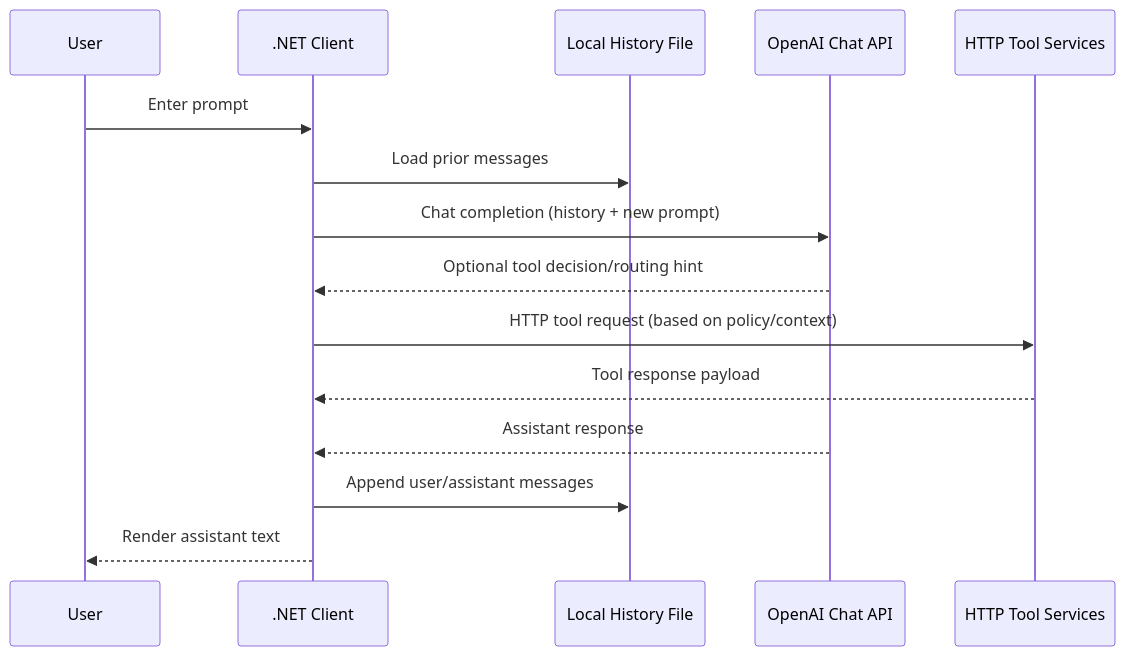
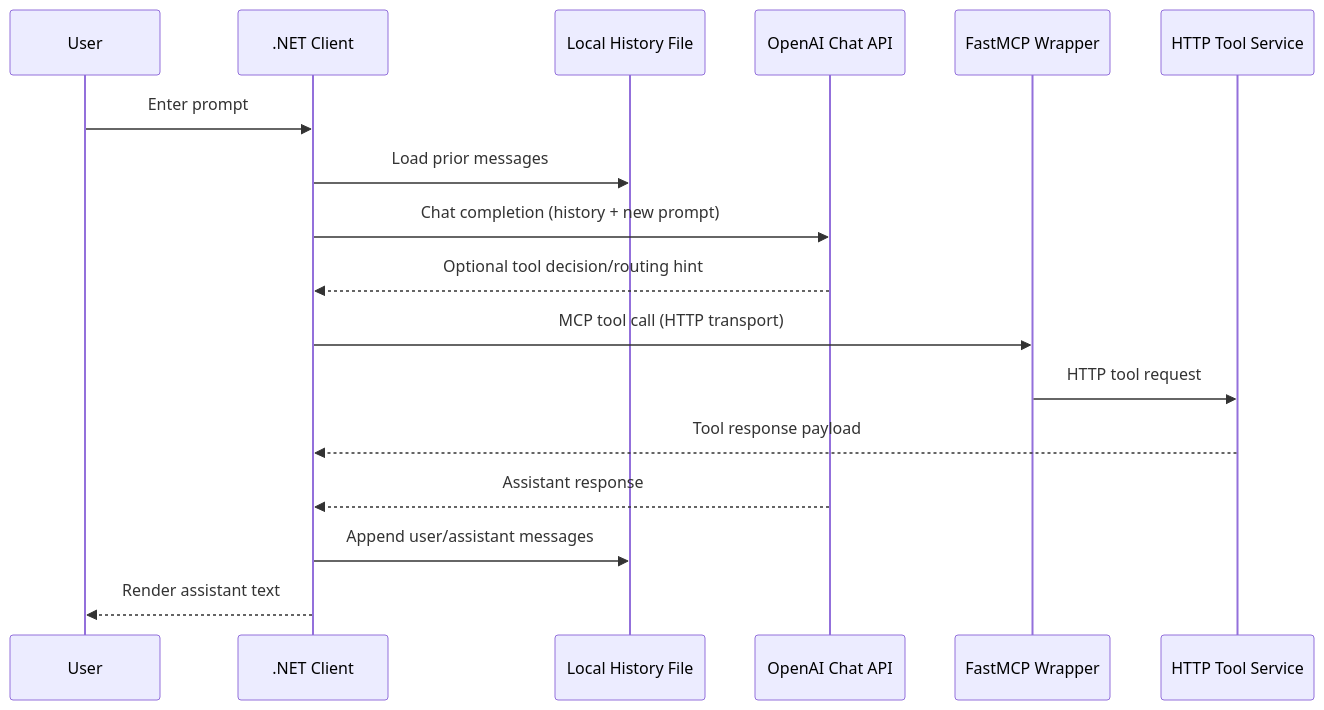
One commit to chabasinskiprzemyslaw/mcp-poc changed the second of 2 diagrams in spec/high-level-design.md. Above: the diagram before and after it, drawn with Mermaid. The commit also changed other lines of this file and 17 other files, not shown here.

First line of the commit message:
feat: Add FastMCP wrapper layer for tool services

````diff
--- a/spec/high-level-design.md
+++ b/spec/high-level-design.md
@@ -77,18 +93,20 @@
 ```mermaid
 sequenceDiagram
     participant U as User
     participant C as .NET Client
     participant H as Local History File
     participant O as OpenAI Chat API
-    participant T as HTTP Tool Services
+    participant M as FastMCP Wrapper
+    participant T as HTTP Tool Service
 
     U->>C: Enter prompt
     C->>H: Load prior messages
     C->>O: Chat completion (history + new prompt)
     O-->>C: Optional tool decision/routing hint
-    C->>T: HTTP tool request (based on policy/context)
+    C->>M: MCP tool call (HTTP transport)
+    M->>T: HTTP tool request
     T-->>C: Tool response payload
     O-->>C: Assistant response
     C->>H: Append user/assistant messages
     C-->>U: Render assistant text
 ```
````
